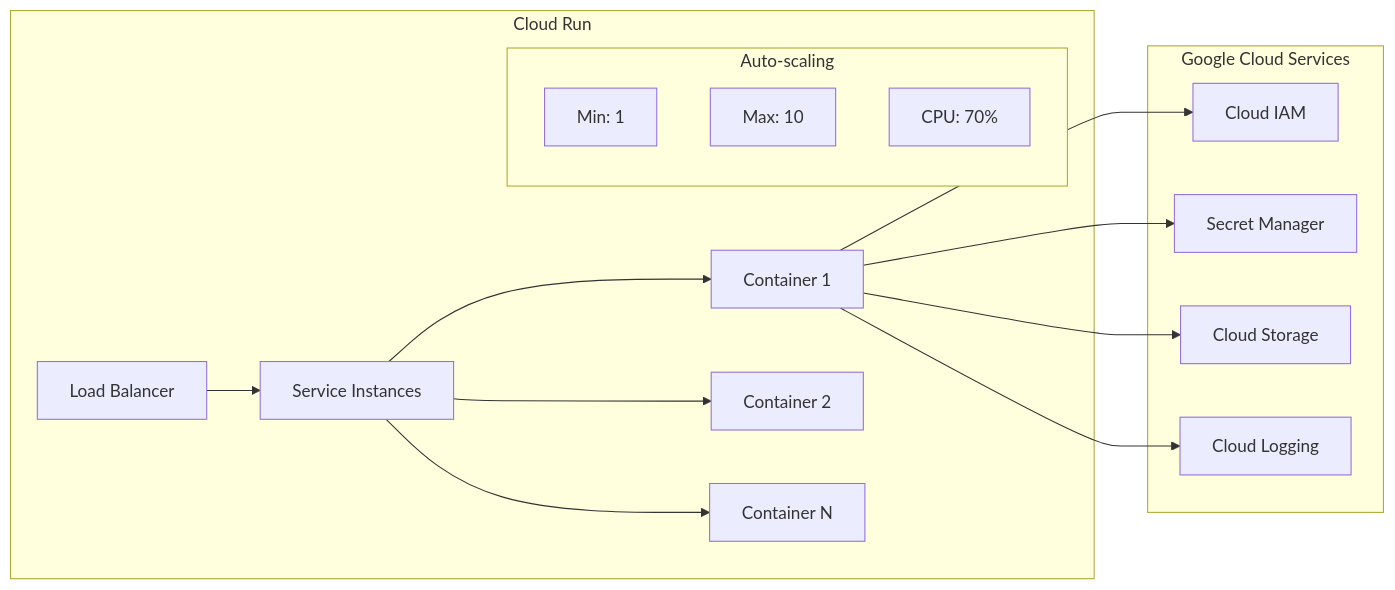
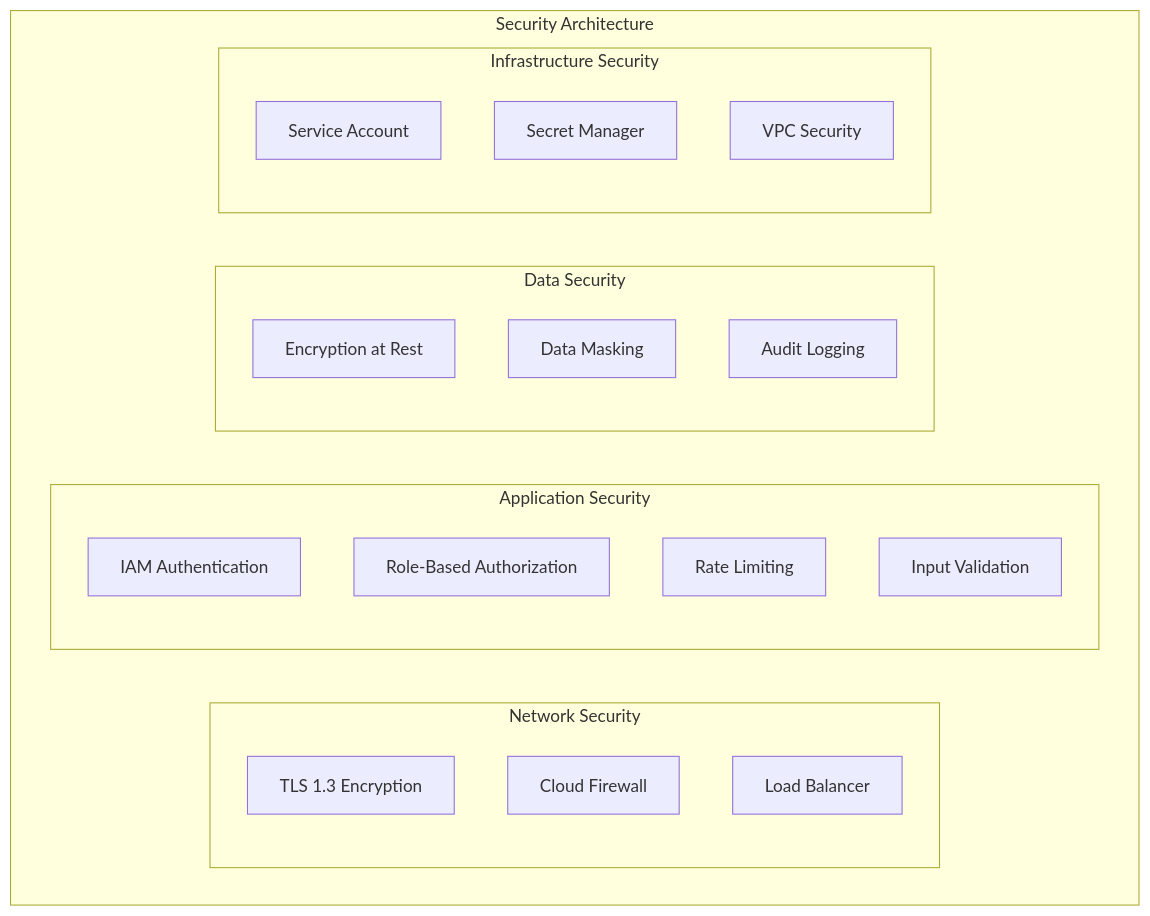
The sixth of 6 diagrams in contributing/samples/security_agent/docs/architecture/ARCHITECTURE.md (google/adk-python), drawn with Mermaid before and after one commit. The commit also changed other lines of this file and 287 other files, not shown here.

````diff
--- a/contributing/samples/security_agent/docs/architecture/ARCHITECTURE.md
+++ b/contributing/samples/security_agent/docs/architecture/ARCHITECTURE.md
@@ -502,27 +532,29 @@
 ```mermaid
-flowchart LR
-    subgraph "Cloud Run"
-        A[Load Balancer] --> B[Service Instances]
-        B --> C[Container 1]
-        B --> D[Container 2]
-        B --> E[Container N]
+graph TB
+    subgraph "Security Architecture"
+        subgraph "Network Security"
+            TLS[TLS 1.3 Encryption]
+            FW[Cloud Firewall]
+            LB[Load Balancer]
+        end
         
-        subgraph "Auto-scaling"
-            F[Min: 1]
-            G[Max: 10]
-            H[CPU: 70%]
+        subgraph "Application Security"
+            AUTH[IAM Authentication]
+            AUTHZ[Role-Based Authorization]
+            RATE[Rate Limiting]
+            VALID[Input Validation]
+        end
+        
+        subgraph "Data Security"
+            ENCRYPT[Encryption at Rest]
+            MASK[Data Masking]
+            AUDIT[Audit Logging]
+        end
+        
+        subgraph "Infrastructure Security"
+            SA[Service Account]
+            SECRETS[Secret Manager]
+            VPC[VPC Security]
         end
     end
-    
-    subgraph "Google Cloud Services"
-        I[Cloud IAM]
-        J[Secret Manager]
-        K[Cloud Storage]
-        L[Cloud Logging]
-    end
-    
-    C --> I
-    C --> J
-    C --> K
-    C --> L
 ```
````
